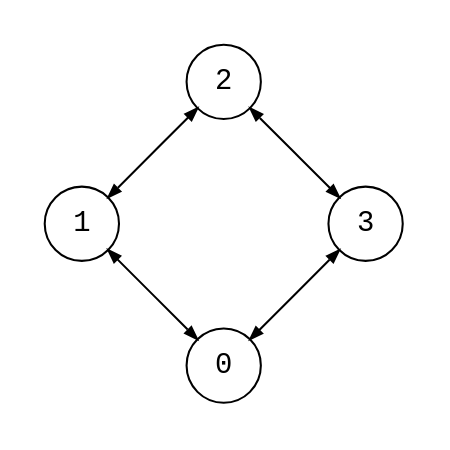
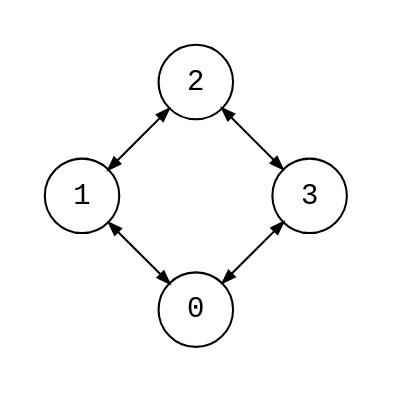
Before and after one commit to bsdrks/graaf-images: the diagram in src/cycle_4.dot, drawn with Graphviz. The commit also changed 168 other files, not shown here.

```diff
--- a/src/cycle_4.dot
+++ b/src/cycle_4.dot
@@ -1,8 +1,10 @@
 digraph {
-    node [shape=circle, fontname="monospace"];
+    node [shape=circle, fontname="monospace"; fixedsize=true, width="0.5"];
     edge [arrowsize=0.6];
     layout=circo;
+    scale=0.8;
+    // normalize=true;
     pad=0.2;
 
     0 -> 1 -> 2 -> 3 -> 0 [dir="both"];
 }
```
